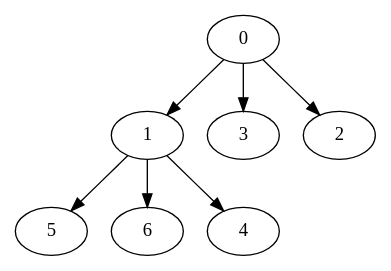
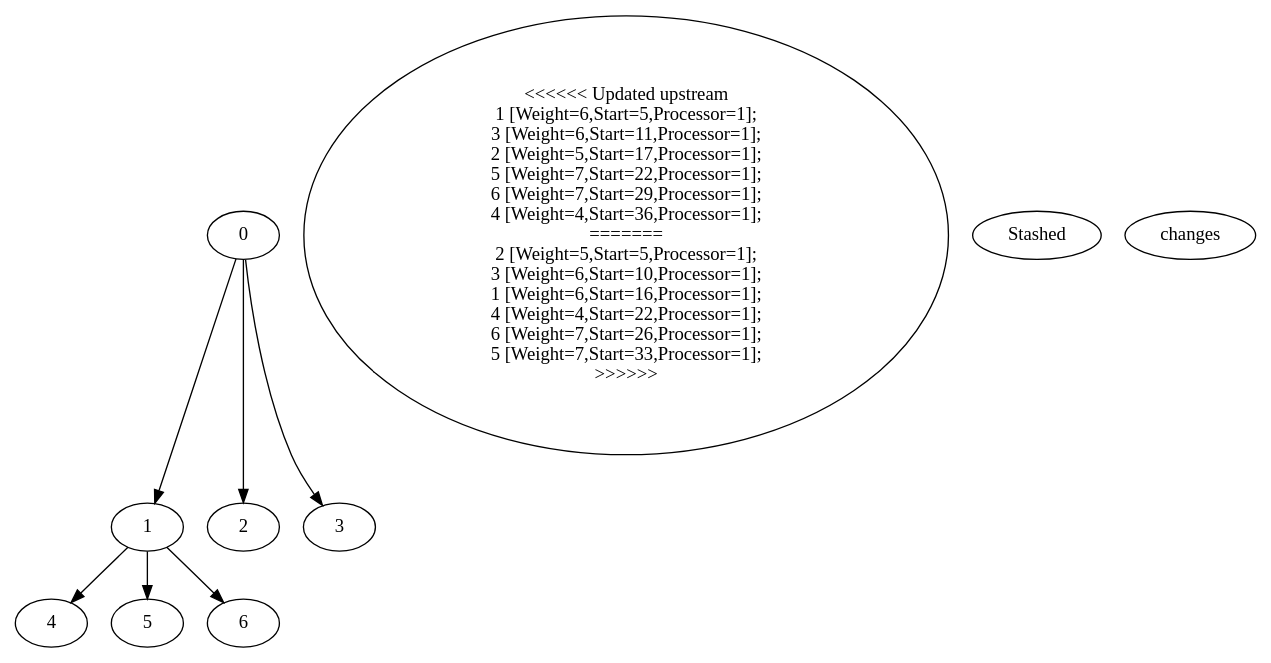
The diagram in Nodes_7_OutTree-output.dot (SeanSpires/Project1-306-Team-Stonks), drawn with Graphviz before and after one commit. The commit also changed 1 other file, not shown here.

```diff
--- a/Nodes_7_OutTree-output.dot
+++ b/Nodes_7_OutTree-output.dot
@@ -1,15 +1,24 @@
 digraph "outputExample" {
 	0	[Weight=5,Start=0,Processor=1];
+<<<<<<< Updated upstream
 	1	[Weight=6,Start=5,Processor=1];
 	3	[Weight=6,Start=11,Processor=1];
 	2	[Weight=5,Start=17,Processor=1];
 	5	[Weight=7,Start=22,Processor=1];
 	6	[Weight=7,Start=29,Processor=1];
 	4	[Weight=4,Start=36,Processor=1];
+=======
+	2	[Weight=5,Start=5,Processor=1];
+	3	[Weight=6,Start=10,Processor=1];
+	1	[Weight=6,Start=16,Processor=1];
+	4	[Weight=4,Start=22,Processor=1];
+	6	[Weight=7,Start=26,Processor=1];
+	5	[Weight=7,Start=33,Processor=1];
+>>>>>>> Stashed changes
 	0 -> 1	 [Weight=15];
 	0 -> 2	 [Weight=11];
 	0 -> 3	 [Weight=11];
 	1 -> 4	 [Weight=19];
 	1 -> 5	 [Weight=4];
 	1 -> 6	 [Weight=21];
 }
```
